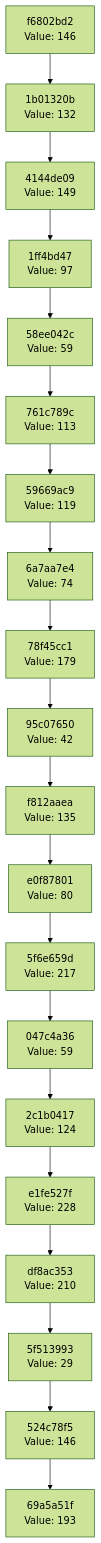
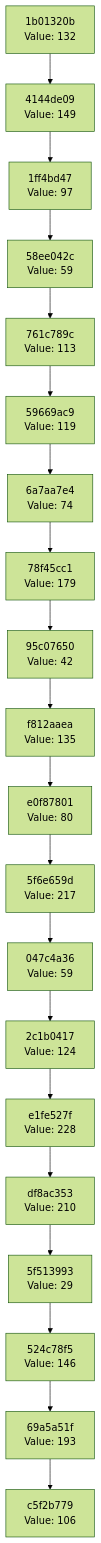
Before and after one commit to Abhisheksinha1506/hash-chain-evolver: the diagram in docs/CHAIN_VISUALIZATION.md, drawn with Mermaid (forest theme). The commit also changed 3 other files, not shown here.

````diff
--- a/docs/CHAIN_VISUALIZATION.md
+++ b/docs/CHAIN_VISUALIZATION.md
@@ -3,42 +3,42 @@
 ```mermaid
 graph TD
-    C0["69a5a51f<br/>Value: 193"]
-    C1["524c78f5<br/>Value: 146"]
+    C0["c5f2b779<br/>Value: 106"]
+    C1["69a5a51f<br/>Value: 193"]
     C1 --> C0
-    C2["5f513993<br/>Value: 29"]
+    C2["524c78f5<br/>Value: 146"]
     C2 --> C1
-    C3["df8ac353<br/>Value: 210"]
+    C3["5f513993<br/>Value: 29"]
     C3 --> C2
-    C4["e1fe527f<br/>Value: 228"]
+    C4["df8ac353<br/>Value: 210"]
     C4 --> C3
-    C5["2c1b0417<br/>Value: 124"]
+    C5["e1fe527f<br/>Value: 228"]
     C5 --> C4
-    C6["047c4a36<br/>Value: 59"]
+    C6["2c1b0417<br/>Value: 124"]
     C6 --> C5
-    C7["5f6e659d<br/>Value: 217"]
+    C7["047c4a36<br/>Value: 59"]
     C7 --> C6
-    C8["e0f87801<br/>Value: 80"]
+    C8["5f6e659d<br/>Value: 217"]
     C8 --> C7
-    C9["f812aaea<br/>Value: 135"]
+    C9["e0f87801<br/>Value: 80"]
     C9 --> C8
-    C10["95c07650<br/>Value: 42"]
+    C10["f812aaea<br/>Value: 135"]
     C10 --> C9
-    C11["78f45cc1<br/>Value: 179"]
+    C11["95c07650<br/>Value: 42"]
     C11 --> C10
-    C12["6a7aa7e4<br/>Value: 74"]
+    C12["78f45cc1<br/>Value: 179"]
     C12 --> C11
-    C13["59669ac9<br/>Value: 119"]
+    C13["6a7aa7e4<br/>Value: 74"]
     C13 --> C12
-    C14["761c789c<br/>Value: 113"]
+    C14["59669ac9<br/>Value: 119"]
     C14 --> C13
-    C15["58ee042c<br/>Value: 59"]
+    C15["761c789c<br/>Value: 113"]
     C15 --> C14
-    C16["1ff4bd47<br/>Value: 97"]
+    C16["58ee042c<br/>Value: 59"]
     C16 --> C15
-    C17["4144de09<br/>Value: 149"]
+    C17["1ff4bd47<br/>Value: 97"]
     C17 --> C16
-    C18["1b01320b<br/>Value: 132"]
+    C18["4144de09<br/>Value: 149"]
     C18 --> C17
-    C19["f6802bd2<br/>Value: 146"]
+    C19["1b01320b<br/>Value: 132"]
     C19 --> C18
 ```
````
